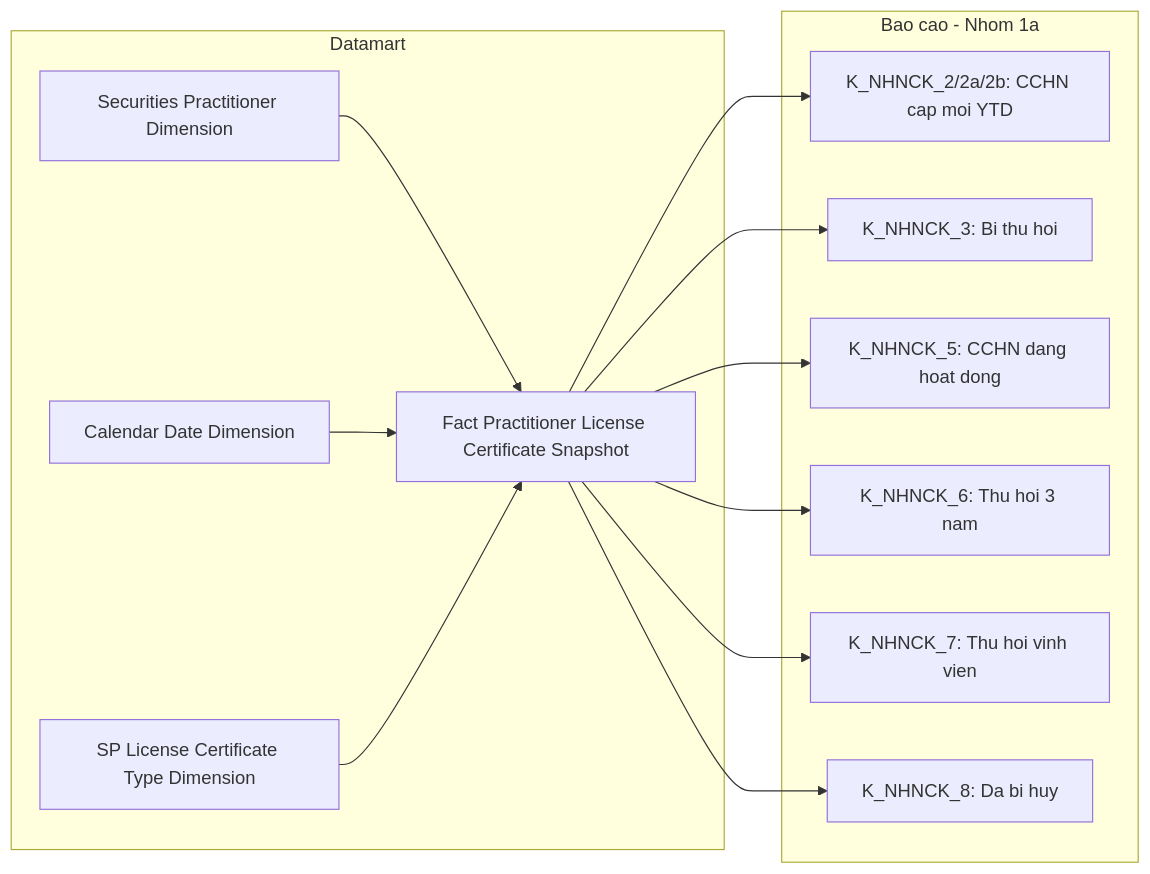
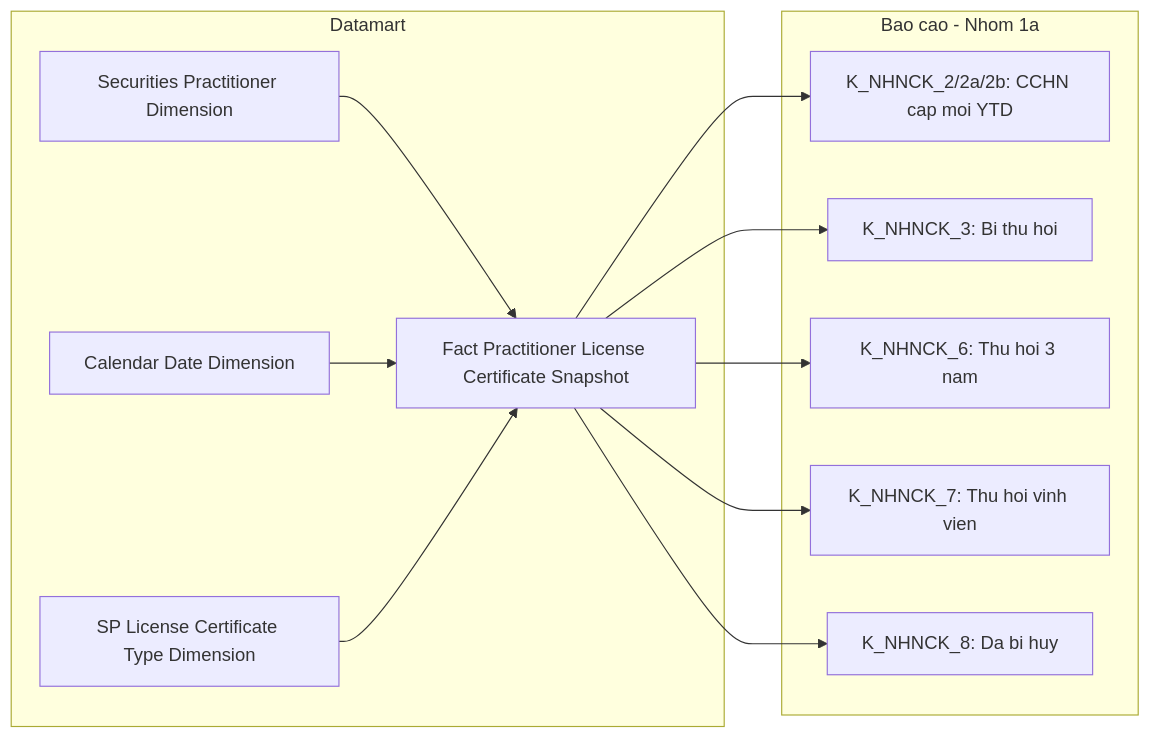
One commit to linhlvit/ubck_atomic_design changed diagram 13 of 40 in Datamart/hld/DTM_NHNCK_HLD.md. Above: the diagram before and after it, drawn with Mermaid. The commit also changed other lines of this file and 16 other files, not shown here.

First line of the commit message:
feat(nhnck): cap nhat thiet ke datamart nhnck theo ba mapping uat moi va doi driving table opr_practitioner_list_company_role

````diff
--- a/Datamart/hld/DTM_NHNCK_HLD.md
+++ b/Datamart/hld/DTM_NHNCK_HLD.md
@@ -497,26 +499,24 @@
 ```mermaid
 flowchart LR
     subgraph GOLD["Datamart"]
         fct_practitioner_license_certificate_snpst["Fact Practitioner License Certificate Snapshot"]
         securities_practitioner_dim["Securities Practitioner Dimension"]
         cdr_dt_dim["Calendar Date Dimension"]
         sp_license_ctf_tp_dim["SP License Certificate Type Dimension"]
     end
     subgraph RPT["Bao cao - Nhom 1a"]
         R1["K_NHNCK_2/2a/2b: CCHN cap moi YTD"]
         R2["K_NHNCK_3: Bi thu hoi"]
-        R3["K_NHNCK_5: CCHN dang hoat dong"]
         R4["K_NHNCK_6: Thu hoi 3 nam"]
         R5["K_NHNCK_7: Thu hoi vinh vien"]
         R6["K_NHNCK_8: Da bi huy"]
     end
     fct_practitioner_license_certificate_snpst --> R1
     fct_practitioner_license_certificate_snpst --> R2
-    fct_practitioner_license_certificate_snpst --> R3
     fct_practitioner_license_certificate_snpst --> R4
     fct_practitioner_license_certificate_snpst --> R5
     fct_practitioner_license_certificate_snpst --> R6
     securities_practitioner_dim --> fct_practitioner_license_certificate_snpst
     cdr_dt_dim --> fct_practitioner_license_certificate_snpst
     sp_license_ctf_tp_dim --> fct_practitioner_license_certificate_snpst
 ```
````
